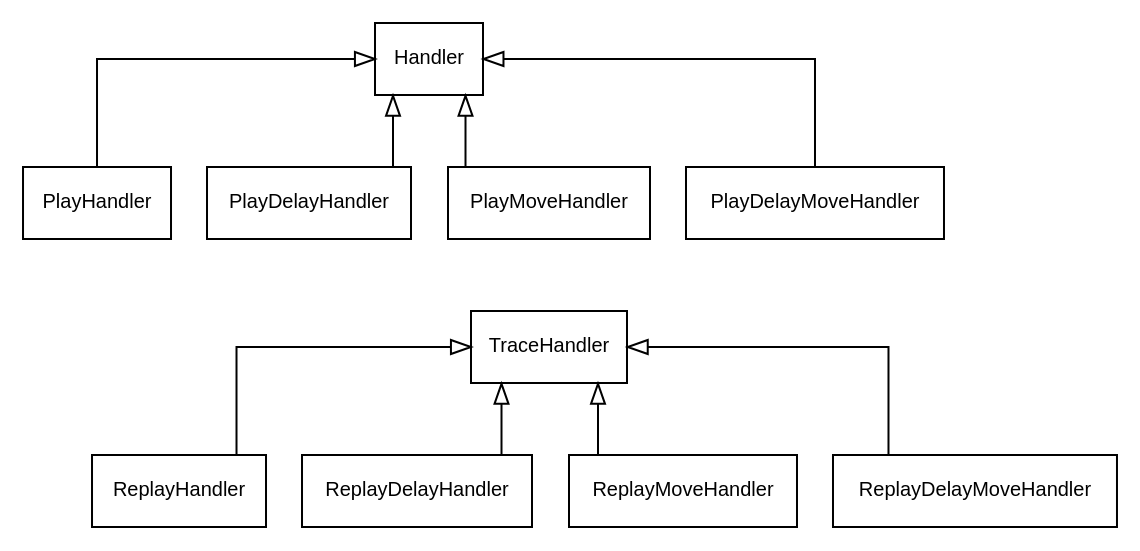
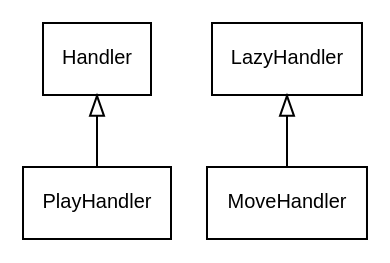
The diagram in docs/figs/Handler.dot (lawmurray/Birch), drawn with Graphviz before and after one commit. The commit also changed 112 other files, not shown here.

Commit message:
Refactored event handling to use visitor pattern, grouping actions by Handler classes rather than Event classes.

```diff
--- a/docs/figs/Handler.dot
+++ b/docs/figs/Handler.dot
@@ -1,31 +1,16 @@
 digraph {
   splines=ortho
   concentrate=true
   rankdir=BT
   node [shape=box,fontname=Helvetica,fontsize=10,margin="0.1,0.01"]
   edge [arrowhead=empty]
 
   Handler [href="../classes/Handler/",target="_top"]
   PlayHandler [href="../classes/PlayHandler/",target="_top"]
-  PlayDelayHandler [href="../classes/PlayDelayHandler/",target="_top"]
-  PlayMoveHandler [href="../classes/PlayMoveHandler/",target="_top"]
-  PlayDelayMoveHandler [href="../classes/PlayDelayMoveHandler/",target="_top"]
 
-  TraceHandler [href="../classes/TraceHandler/",target="_top"]
-  ReplayHandler [href="../classes/ReplayHandler/",target="_top"]
-  ReplayDelayHandler [href="../classes/ReplayDelayHandler/",target="_top"]
-  ReplayMoveHandler [href="../classes/ReplayMoveHandler/",target="_top"]
-  ReplayDelayMoveHandler [href="../classes/ReplayDelayMoveHandler/",target="_top"]
+  LazyHandler [href="../classes/LazyHandler/",target="_top"]
+  MoveHandler [href="../classes/MoveHandler/",target="_top"]
 
   PlayHandler -> Handler
-  PlayDelayHandler -> Handler
-  PlayMoveHandler -> Handler
-  PlayDelayMoveHandler -> Handler
-
-  ReplayHandler -> TraceHandler
-  ReplayDelayHandler -> TraceHandler
-  ReplayMoveHandler -> TraceHandler
-  ReplayDelayMoveHandler -> TraceHandler
-
-  TraceHandler -> PlayMoveHandler [style=invis]
+  MoveHandler -> LazyHandler
 }
```
